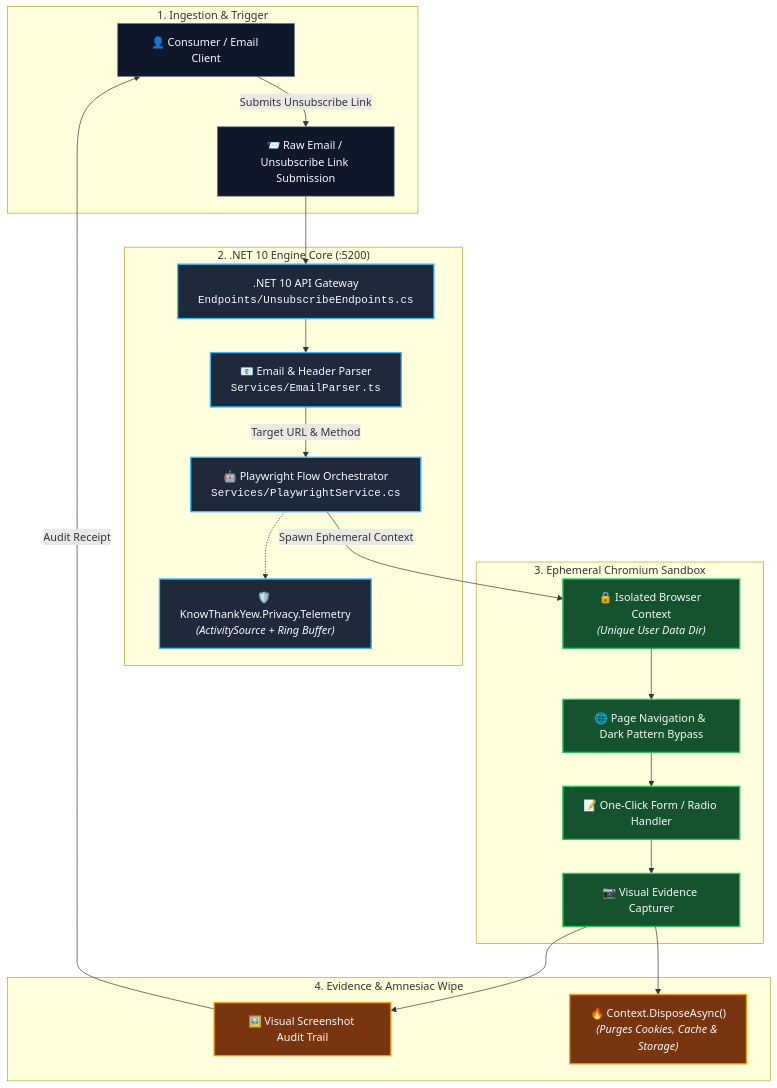
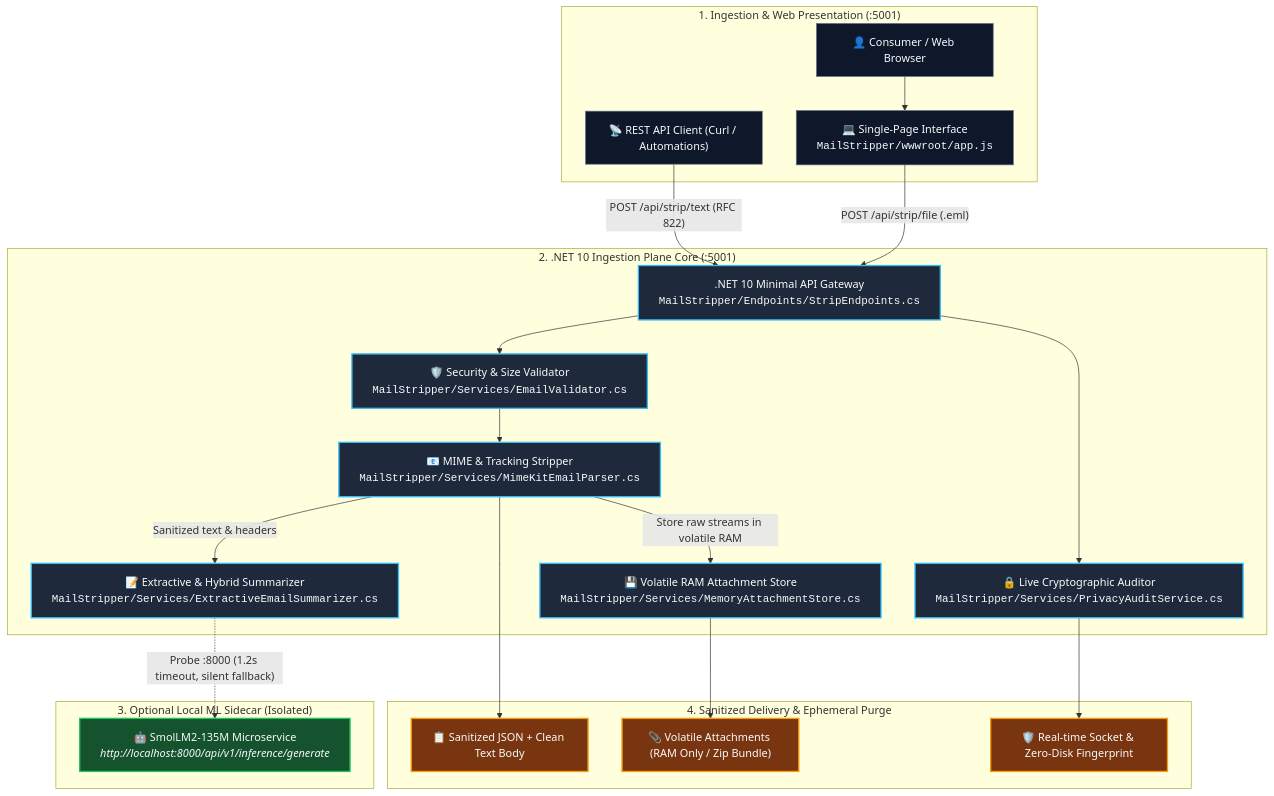
Before and after one commit to knowthankyew/mail-stripper: the first of 2 diagrams in docs/ARCHITECTURE.md, drawn with Mermaid. The commit also changed other lines of this file and 1 other file, not shown here.

Commit message:
docs(arch): rewrite architecture specification for MimeKit .NET 10 ingestion plane and add docs to vocabulary scope

````diff
--- a/docs/ARCHITECTURE.md
+++ b/docs/ARCHITECTURE.md
@@ -23,52 +23,52 @@
 ```mermaid
 flowchart TD
-    subgraph ClientLayer["1. Ingestion & Trigger"]
-        User["👤 Consumer / Email Client"]
-        Request["📨 Raw Email / Unsubscribe Link Submission"]
+    subgraph ClientLayer["1. Ingestion & Web Presentation (:5001)"]
+        User["👤 Consumer / Web Browser"]
+        ClientApp["💻 Single-Page Interface<br/><code>MailStripper/wwwroot/app.js</code>"]
+        APIClient["📡 REST API Client (Curl / Automations)"]
     end
 
-    subgraph ServiceCore["2. .NET 10 Engine Core (:5200)"]
-        API[".NET 10 API Gateway<br/><code>Endpoints/UnsubscribeEndpoints.cs</code>"]
-        Parser["📧 Email & Header Parser<br/><code>Services/EmailParser.ts</code>"]
-        Navigator["🤖 Playwright Flow Orchestrator<br/><code>Services/PlaywrightService.cs</code>"]
-        Telemetry["🛡️ KnowThankYew.Privacy.Telemetry<br/><i>(ActivitySource + Ring Buffer)</i>"]
+    subgraph ServiceCore["2. .NET 10 Ingestion Plane Core (:5001)"]
+        API[".NET 10 Minimal API Gateway<br/><code>MailStripper/Endpoints/StripEndpoints.cs</code>"]
+        Parser["📧 MIME & Tracking Stripper<br/><code>MailStripper/Services/MimeKitEmailParser.cs</code>"]
+        Validator["🛡️ Security & Size Validator<br/><code>MailStripper/Services/EmailValidator.cs</code>"]
+        MemStore["💾 Volatile RAM Attachment Store<br/><code>MailStripper/Services/MemoryAttachmentStore.cs</code>"]
+        Summarizer["📝 Extractive & Hybrid Summarizer<br/><code>MailStripper/Services/ExtractiveEmailSummarizer.cs</code>"]
+        PrivacyAudit["🔒 Live Cryptographic Auditor<br/><code>MailStripper/Services/PrivacyAuditService.cs</code>"]
     end
 
-    subgraph HeadlessBrowser["3. Ephemeral Chromium Sandbox"]
-        Context["🔒 Isolated Browser Context<br/><i>(Unique User Data Dir)</i>"]
-        PageNav["🌐 Page Navigation & Dark Pattern Bypass"]
-        FormFiller["📝 One-Click Form / Radio Handler"]
-        ScreenshotTaker["📷 Visual Evidence Capturer"]
+    subgraph Sidecar["3. Optional Local ML Sidecar (Isolated)"]
+        MLSidecar["🤖 SmolLM2-135M Microservice<br/><i>http://localhost:8000/api/v1/inference/generate</i>"]
     end
 
-    subgraph OutputAndPurge["4. Evidence & Amnesiac Wipe"]
-        Proof["🖼️ Visual Screenshot Audit Trail"]
-        AmnesiaPurge["🔥 Context.DisposeAsync()<br/><i>(Purges Cookies, Cache & Storage)</i>"]
+    subgraph Output["4. Sanitized Delivery & Ephemeral Purge"]
+        CleanResult["📋 Sanitized JSON + Clean Text Body"]
+        Attachments["📎 Volatile Attachments (RAM Only / Zip Bundle)"]
+        AuditEndpoint["🛡️ Real-time Socket & Zero-Disk Fingerprint"]
     end
 
     %% Flow
-    User -->|"Submits Unsubscribe Link"| Request
-    Request --> API
-    API --> Parser
-    Parser -->|"Target URL & Method"| Navigator
-    Navigator -.-> Telemetry
+    User --> ClientApp
+    ClientApp -->|"POST /api/strip/file (.eml)"| API
+    APIClient -->|"POST /api/strip/text (RFC 822)"| API
+    API --> Validator
+    Validator --> Parser
+    Parser -->|"Store raw streams in volatile RAM"| MemStore
+    Parser -->|"Sanitized text & headers"| Summarizer
+    Summarizer -.->|"Probe :8000 (1.2s timeout, silent fallback)"| MLSidecar
+    API --> PrivacyAudit
 
-    Navigator -->|"Spawn Ephemeral Context"| Context
-    Context --> PageNav
-    PageNav --> FormFiller
-    FormFiller --> ScreenshotTaker
-
-    ScreenshotTaker --> Proof
-    ScreenshotTaker --> AmnesiaPurge
-    Proof -->|"Audit Receipt"| User
+    Parser --> CleanResult
+    MemStore --> Attachments
+    PrivacyAudit --> AuditEndpoint
 
     classDef client fill:#0f172a,stroke:#64748b,stroke-width:1px,color:#f8fafc;
     classDef core fill:#1e293b,stroke:#38bdf8,stroke-width:2px,color:#f8fafc;
-    classDef sandbox fill:#14532d,stroke:#22c55e,stroke-width:2px,color:#f8fafc;
-    classDef purge fill:#78350f,stroke:#f59e0b,stroke-width:2px,color:#f8fafc;
+    classDef sidecar fill:#14532d,stroke:#22c55e,stroke-width:2px,color:#f8fafc;
+    classDef output fill:#78350f,stroke:#f59e0b,stroke-width:2px,color:#f8fafc;
 
-    class User,Request client;
-    class API,Parser,Navigator,Telemetry core;
-    class Context,PageNav,FormFiller,ScreenshotTaker sandbox;
-    class Proof,AmnesiaPurge purge;
+    class User,ClientApp,APIClient client;
+    class API,Parser,Validator,MemStore,Summarizer,PrivacyAudit core;
+    class MLSidecar sidecar;
+    class CleanResult,Attachments,AuditEndpoint output;
 ```
````
